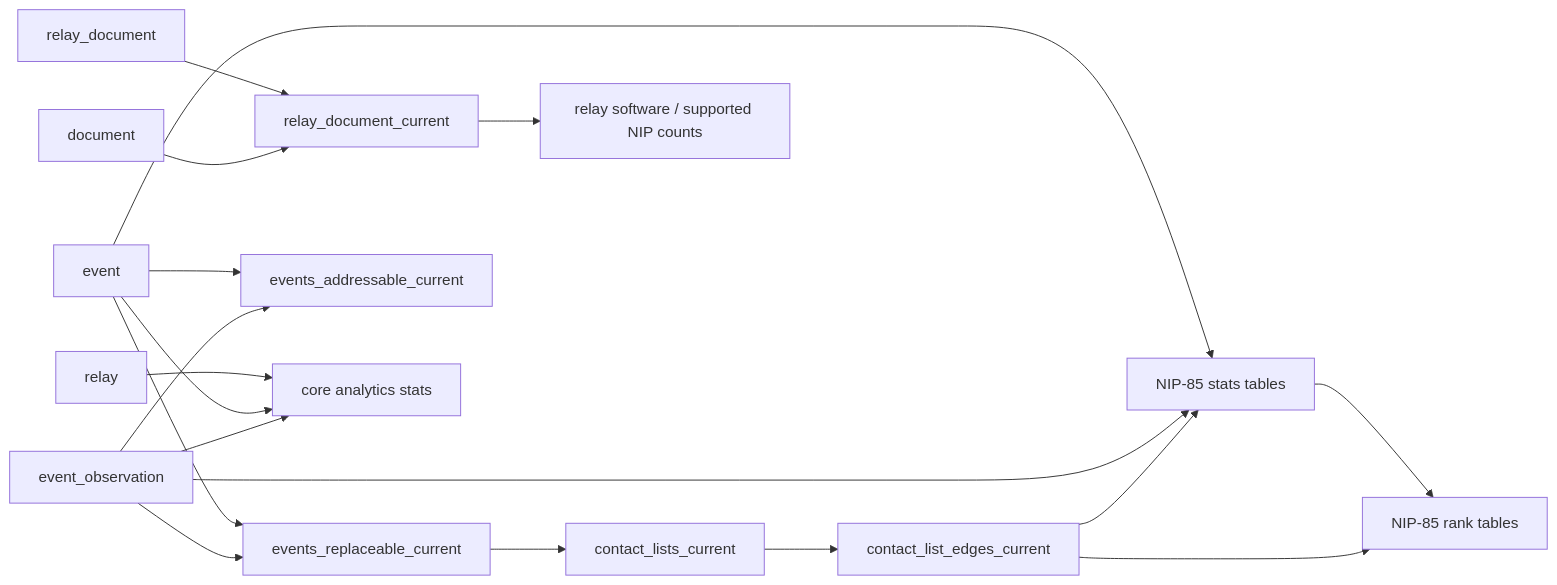
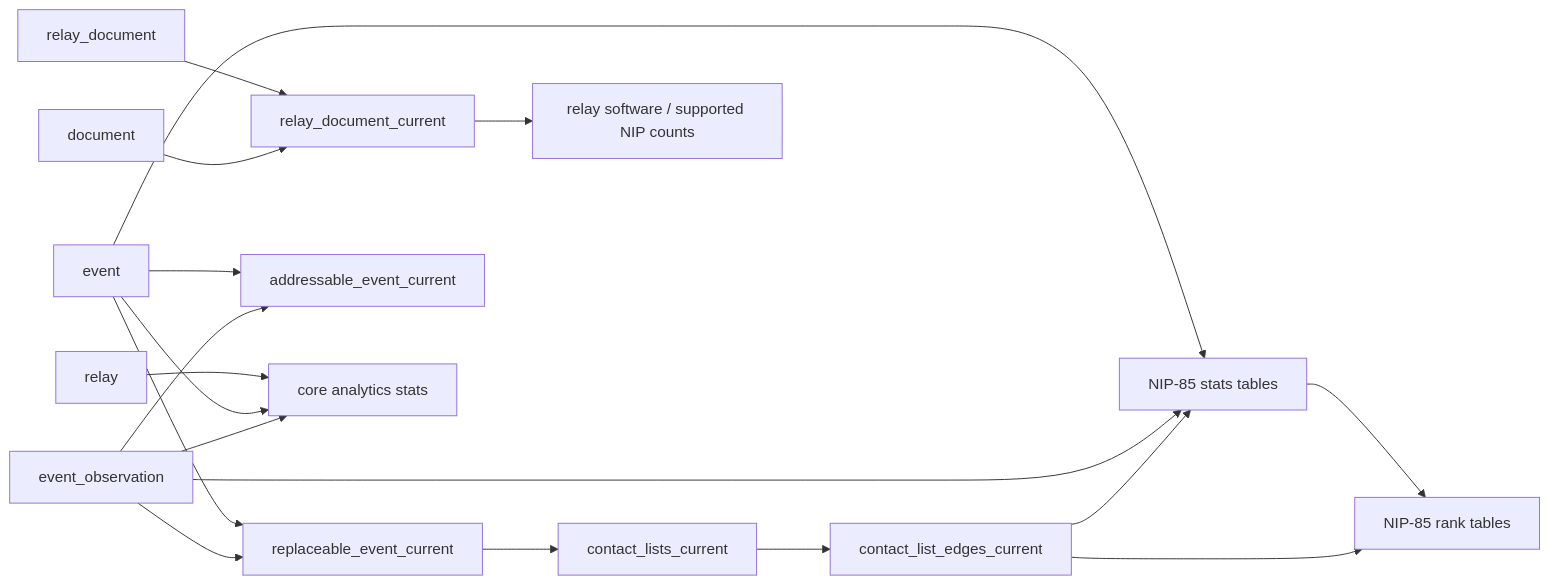
The second of 2 diagrams in docs/user-guide/database.md (BigBrotr/bigbrotr), drawn with Mermaid before and after one commit. The commit also changed other lines of this file and 33 other files, not shown here.

````diff
--- a/docs/user-guide/database.md
+++ b/docs/user-guide/database.md
@@ -93,37 +95,37 @@
 ```mermaid
 flowchart LR
     event["event"]
     event_observation["event_observation"]
     relay["relay"]
     relay_document["relay_document"]
     document["document"]
 
     relay_document_current["relay_document_current"]
-    replaceable["events_replaceable_current"]
-    addressable["events_addressable_current"]
+    replaceable["replaceable_event_current"]
+    addressable["addressable_event_current"]
     contacts["contact_lists_current"]
     edges["contact_list_edges_current"]
 
     core_stats["core analytics stats"]
     relay_meta_stats["relay software / supported NIP counts"]
     nip85_stats["NIP-85 stats tables"]
     ranks["NIP-85 rank tables"]
 
     relay_document --> relay_document_current
     document --> relay_document_current
     relay --> core_stats
     event --> replaceable
     event --> addressable
     event --> core_stats
     event --> nip85_stats
     event_observation --> replaceable
     event_observation --> addressable
     event_observation --> core_stats
     event_observation --> nip85_stats
     relay_document_current --> relay_meta_stats
     replaceable --> contacts
     contacts --> edges
     edges --> nip85_stats
     nip85_stats --> ranks
     edges --> ranks
 ```
````
